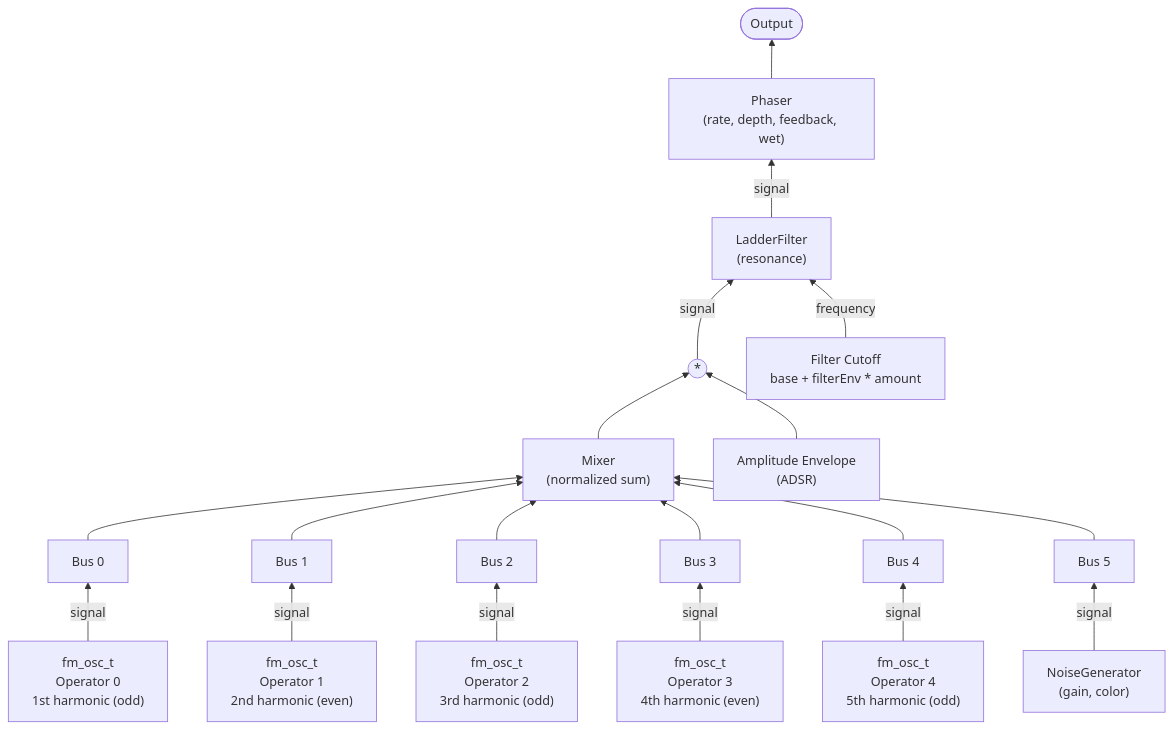
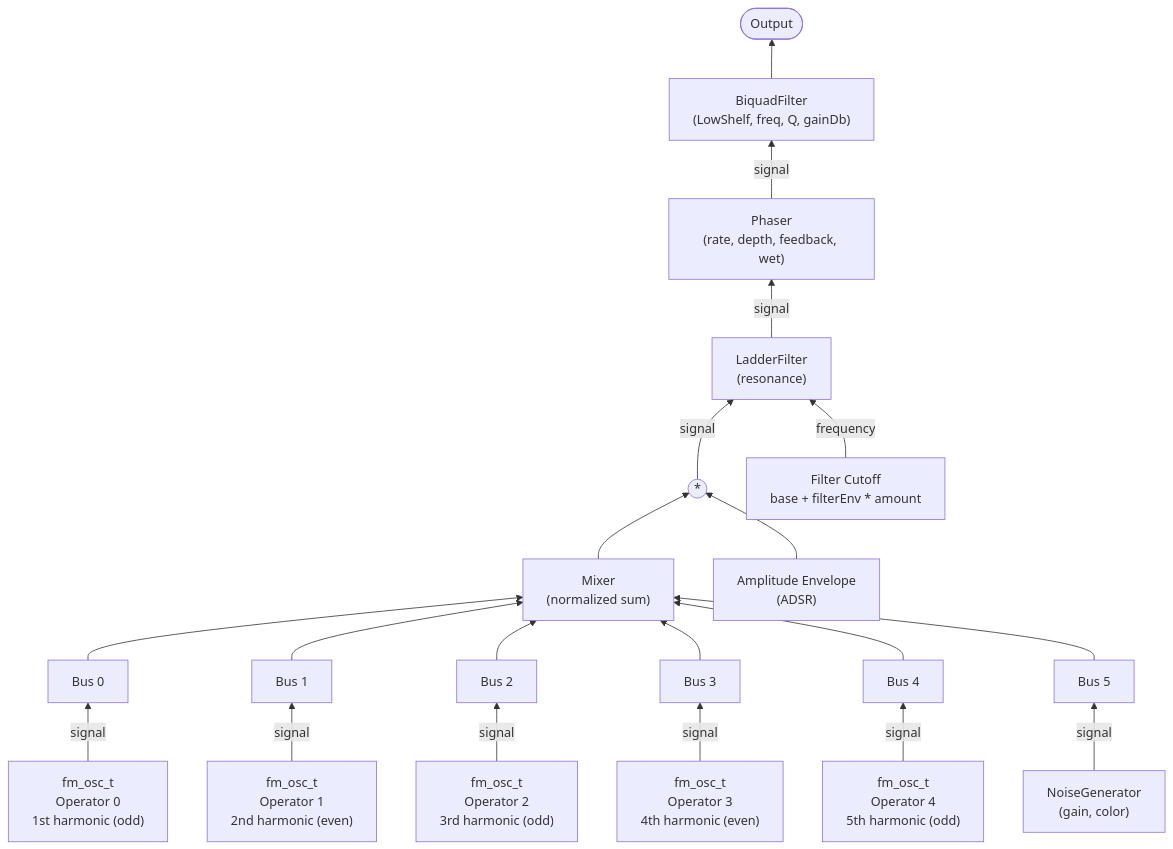
One commit to oscilios/dap changed the first of 4 diagrams in src/examples/complex_fm/graph.md. Above: the diagram before and after it, drawn with Mermaid. The commit also changed other lines of this file, not shown here.

````diff
--- a/src/examples/complex_fm/graph.md
+++ b/src/examples/complex_fm/graph.md
@@ -8,45 +8,47 @@
 ```mermaid
 graph BT
     op0["fm_osc_t<br/>Operator 0<br/>1st harmonic (odd)"]
     op1["fm_osc_t<br/>Operator 1<br/>2nd harmonic (even)"]
     op2["fm_osc_t<br/>Operator 2<br/>3rd harmonic (odd)"]
     op3["fm_osc_t<br/>Operator 3<br/>4th harmonic (even)"]
     op4["fm_osc_t<br/>Operator 4<br/>5th harmonic (odd)"]
     noise["NoiseGenerator<br/>(gain, color)"]
 
     bus0["Bus 0"]
     bus1["Bus 1"]
     bus2["Bus 2"]
     bus3["Bus 3"]
     bus4["Bus 4"]
     bus5["Bus 5"]
 
     mixer["Mixer<br/>(normalized sum)"]
     amp_env["Amplitude Envelope<br/>(ADSR)"]
     mul(("*"))
     filter_freq["Filter Cutoff<br/>base + filterEnv * amount"]
     filter["LadderFilter<br/>(resonance)"]
     phaser["Phaser<br/>(rate, depth, feedback, wet)"]
+    eq["BiquadFilter<br/>(LowShelf, freq, Q, gainDb)"]
     output(["Output"])
 
     op0 -->|signal| bus0
     op1 -->|signal| bus1
     op2 -->|signal| bus2
     op3 -->|signal| bus3
     op4 -->|signal| bus4
     noise -->|signal| bus5
 
     bus0 --> mixer
     bus1 --> mixer
     bus2 --> mixer
     bus3 --> mixer
     bus4 --> mixer
     bus5 --> mixer
 
     mixer --> mul
     amp_env --> mul
     mul -->|signal| filter
     filter_freq -->|frequency| filter
     filter -->|signal| phaser
-    phaser --> output
+    phaser -->|signal| eq
+    eq --> output
 ```
````
